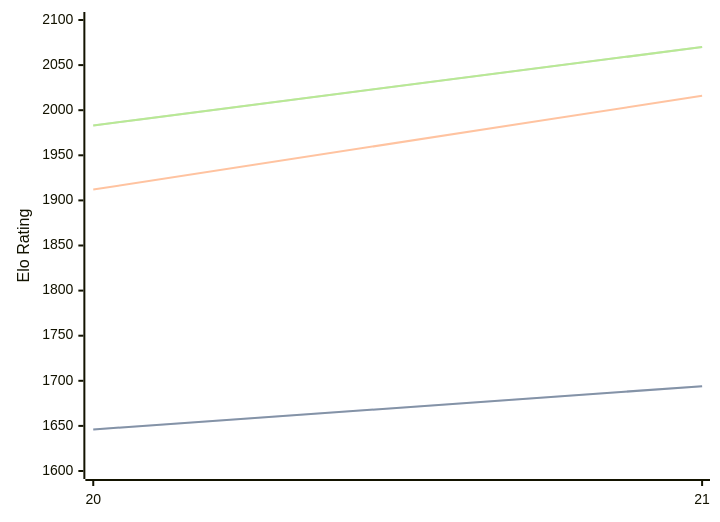
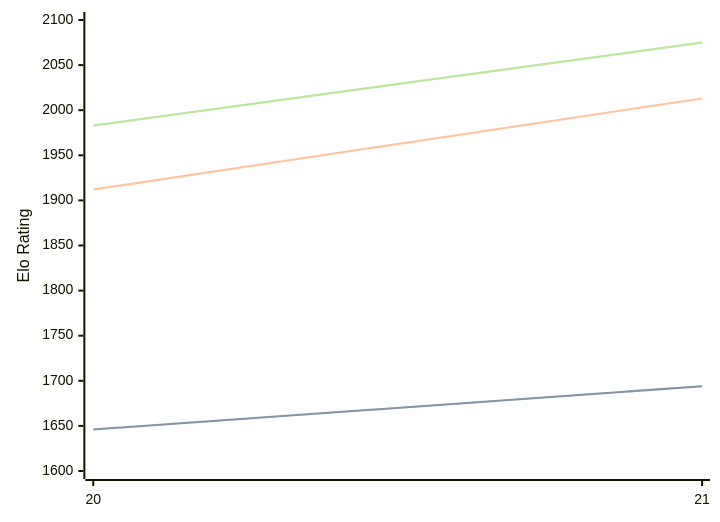
Before and after one commit to computer-chess-index/cci: the diagram in engines/PurplePanda.md, drawn with Mermaid. The commit also changed other lines of this file, not shown here.

Commit message:
Update CCI Ratings (ELO VLTC) - 2026-09-08

````diff
--- a/engines/PurplePanda.md
+++ b/engines/PurplePanda.md
@@ -32,11 +32,11 @@
 ```mermaid
 %%{init: {"theme":"base","themeVariables":{"seriesColors:['#a3a3a3','#222221','#faa371']}}}%%
 xychart-beta
   x-axis ["20", "21"]
   y-axis "Elo Rating" 1600 --> 2100
   line "" [1646, 1694]
   line "STC (8.0+0.08s)" [1646, 1694]
-  line "LTC (60.0+0.60s)" [1912, 2016]
-  line "" [1983, 2070]
-  line "VLTC (2m24s+1.12s)" [1983, 2070]
+  line "LTC (60.0+0.60s)" [1912, 2013]
+  line "" [1983, 2075]
+  line "VLTC (2m24s+1.12s)" [1983, 2075]
 ```
````
